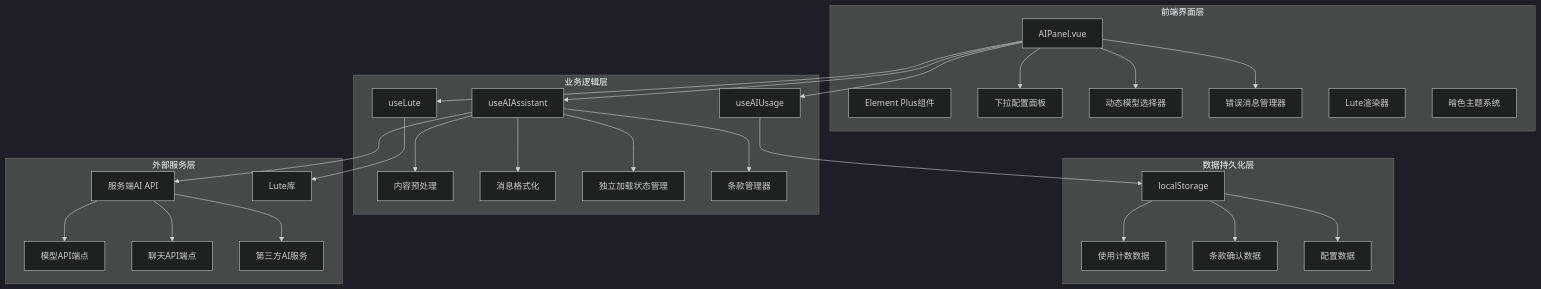
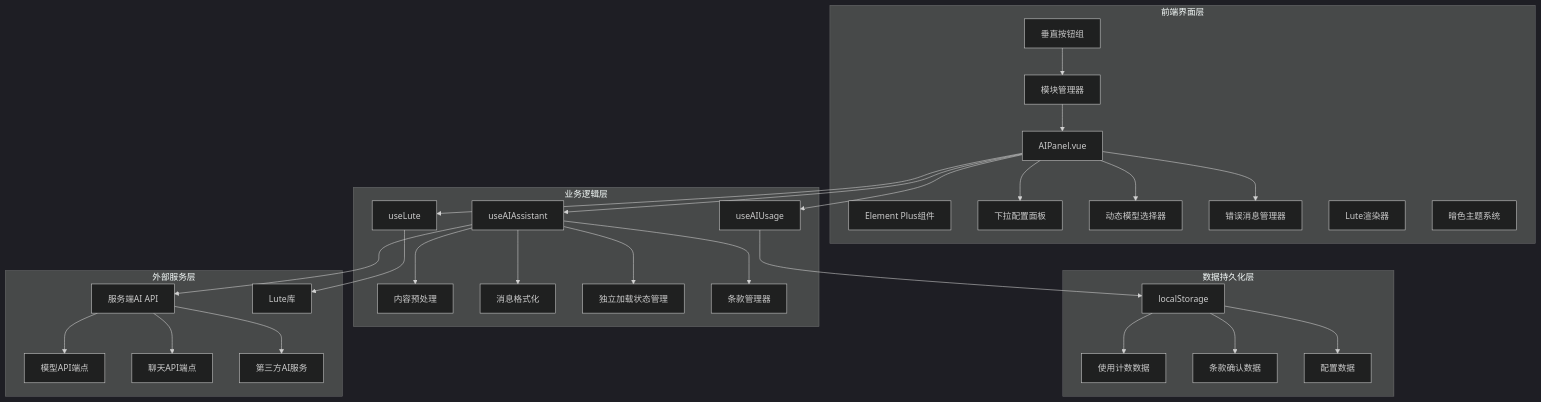
One commit to terwer/siyuan-plugin-blog changed the eighth of 34 diagrams in .qoder/repowiki/zh/content/核心功能/AI助手系统.md. Above: the diagram before and after it, drawn with Mermaid (dark theme). The commit also changed other lines of this file and 5 other files, not shown here.

````diff
--- a/.qoder/repowiki/zh/content/核心功能/AI助手系统.md
+++ b/.qoder/repowiki/zh/content/核心功能/AI助手系统.md
@@ -263,53 +377,57 @@
 ```mermaid
 graph TB
 subgraph "前端界面层"
 AIPanel[AIPanel.vue]
 UIComponents[Element Plus组件]
 ConfigPanel[下拉配置面板]
 ModelSelector[动态模型选择器]
 ErrorManager[错误消息管理器]
 LuteRenderer[Lute渲染器]
 DarkTheme[暗色主题系统]
+CollapsedButtons[垂直按钮组]
+ModuleManager[模块管理器]
 end
 subgraph "业务逻辑层"
 useAIAssistant[useAIAssistant]
 useAIUsage[useAIUsage]
 useLute[useLute]
 preprocess[内容预处理]
 format[消息格式化]
 independentLoading[独立加载状态管理]
 termsManager[条款管理器]
 end
 subgraph "数据持久化层"
 localStorage[localStorage]
 usageData[使用计数数据]
 termsData[条款确认数据]
 configData[配置数据]
 end
 subgraph "外部服务层"
 serverAPI[服务端AI API]
 modelAPI[模型API端点]
 chatAPI[聊天API端点]
 thirdParty[第三方AI服务]
 LuteLib[Lute库]
 end
 AIPanel --> useAIAssistant
 AIPanel --> useAIUsage
 AIPanel --> useLute
 AIPanel --> ConfigPanel
 AIPanel --> ModelSelector
 AIPanel --> ErrorManager
 useAIAssistant --> preprocess
 useAIAssistant --> format
 useAIAssistant --> independentLoading
 useAIAssistant --> termsManager
 useAIAssistant --> serverAPI
 useLute --> LuteLib
 useAIUsage --> localStorage
 localStorage --> usageData
 localStorage --> termsData
 localStorage --> configData
 serverAPI --> modelAPI
 serverAPI --> chatAPI
 serverAPI --> thirdParty
+CollapsedButtons --> ModuleManager
+ModuleManager --> AIPanel
 ```
````
